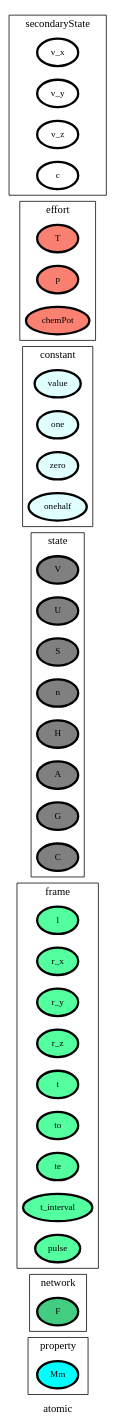
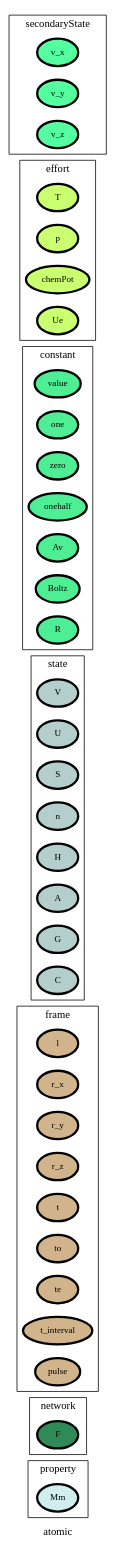
Before and after one commit to heinz-preisig/sandbox21: the diagram in ontology_graphs/graph__atomic.dot, drawn with Graphviz. The commit also changed 260 other files, not shown here.

```diff
--- a/ontology_graphs/graph__atomic.dot
+++ b/ontology_graphs/graph__atomic.dot
@@ -1,90 +1,93 @@
 digraph atomic {
 label=atomic;
 rankdir=LR;
 subgraph cluster_atomic___property {
 label=property;
 rankdir=LR;
-V_26 [fillcolor=cyan, fontsize=12, label=Mm, penwidth=3, style=filled];
+V_26 [fillcolor=lightcyan2, fontsize=12, label=Mm, penwidth=3, style=filled];
 }
 
 subgraph cluster_atomic___network {
 label=network;
 rankdir=LR;
-V_10 [fillcolor=seagreen3, fontsize=12, label=F, penwidth=3, style=filled];
+V_10 [fillcolor=seagreen4, fontsize=12, label=F, penwidth=3, style=filled];
 }
 
 subgraph cluster_atomic___projection {
 label=projection;
 rankdir=LR;
 }
 
 subgraph cluster_atomic___differenceOperator {
 label=differenceOperator;
 rankdir=LR;
 }
 
 subgraph cluster_atomic___frame {
 label=frame;
 rankdir=LR;
-V_11 [fillcolor=seagreen1, fontsize=12, label=l, penwidth=3, style=filled];
-V_12 [fillcolor=seagreen1, fontsize=12, label=r_x, penwidth=3, style=filled];
-V_13 [fillcolor=seagreen1, fontsize=12, label=r_y, penwidth=3, style=filled];
-V_14 [fillcolor=seagreen1, fontsize=12, label=r_z, penwidth=3, style=filled];
-V_4 [fillcolor=seagreen1, fontsize=12, label=t, penwidth=3, style=filled];
-V_5 [fillcolor=seagreen1, fontsize=12, label=to, penwidth=3, style=filled];
-V_6 [fillcolor=seagreen1, fontsize=12, label=te, penwidth=3, style=filled];
-V_7 [fillcolor=seagreen1, fontsize=12, label=t_interval, penwidth=3, style=filled];
-V_9 [fillcolor=seagreen1, fontsize=12, label=pulse, penwidth=3, style=filled];
+V_11 [fillcolor=tan, fontsize=12, label=l, penwidth=3, style=filled];
+V_12 [fillcolor=tan, fontsize=12, label=r_x, penwidth=3, style=filled];
+V_13 [fillcolor=tan, fontsize=12, label=r_y, penwidth=3, style=filled];
+V_14 [fillcolor=tan, fontsize=12, label=r_z, penwidth=3, style=filled];
+V_4 [fillcolor=tan, fontsize=12, label=t, penwidth=3, style=filled];
+V_5 [fillcolor=tan, fontsize=12, label=to, penwidth=3, style=filled];
+V_6 [fillcolor=tan, fontsize=12, label=te, penwidth=3, style=filled];
+V_7 [fillcolor=tan, fontsize=12, label=t_interval, penwidth=3, style=filled];
+V_9 [fillcolor=tan, fontsize=12, label=pulse, penwidth=3, style=filled];
 }
 
 subgraph cluster_atomic___state {
 label=state;
 rankdir=LR;
-V_15 [fillcolor=grey, fontsize=12, label=V, penwidth=3, style=filled];
-V_16 [fillcolor=grey, fontsize=12, label=U, penwidth=3, style=filled];
-V_17 [fillcolor=grey, fontsize=12, label=S, penwidth=3, style=filled];
-V_18 [fillcolor=grey, fontsize=12, label=n, penwidth=3, style=filled];
-V_22 [fillcolor=grey, fontsize=12, label=H, penwidth=3, style=filled];
-V_23 [fillcolor=grey, fontsize=12, label=A, penwidth=3, style=filled];
-V_24 [fillcolor=grey, fontsize=12, label=G, penwidth=3, style=filled];
-V_25 [fillcolor=grey, fontsize=12, label=C, penwidth=3, style=filled];
+V_15 [fillcolor=lightcyan3, fontsize=12, label=V, penwidth=3, style=filled];
+V_16 [fillcolor=lightcyan3, fontsize=12, label=U, penwidth=3, style=filled];
+V_17 [fillcolor=lightcyan3, fontsize=12, label=S, penwidth=3, style=filled];
+V_18 [fillcolor=lightcyan3, fontsize=12, label=n, penwidth=3, style=filled];
+V_22 [fillcolor=lightcyan3, fontsize=12, label=H, penwidth=3, style=filled];
+V_23 [fillcolor=lightcyan3, fontsize=12, label=A, penwidth=3, style=filled];
+V_24 [fillcolor=lightcyan3, fontsize=12, label=G, penwidth=3, style=filled];
+V_25 [fillcolor=lightcyan3, fontsize=12, label=C, penwidth=3, style=filled];
 }
 
 subgraph cluster_atomic___constant {
 label=constant;
 rankdir=LR;
-V_1 [fillcolor=lightcyan, fontsize=12, label=value, penwidth=3, style=filled];
-V_2 [fillcolor=lightcyan, fontsize=12, label=one, penwidth=3, style=filled];
-V_3 [fillcolor=lightcyan, fontsize=12, label=zero, penwidth=3, style=filled];
-V_8 [fillcolor=lightcyan, fontsize=12, label=onehalf, penwidth=3, style=filled];
+V_1 [fillcolor=seagreen2, fontsize=12, label=value, penwidth=3, style=filled];
+V_2 [fillcolor=seagreen2, fontsize=12, label=one, penwidth=3, style=filled];
+V_3 [fillcolor=seagreen2, fontsize=12, label=zero, penwidth=3, style=filled];
+V_8 [fillcolor=seagreen2, fontsize=12, label=onehalf, penwidth=3, style=filled];
+V_32 [fillcolor=seagreen2, fontsize=12, label=Av, penwidth=3, style=filled];
+V_33 [fillcolor=seagreen2, fontsize=12, label=Boltz, penwidth=3, style=filled];
+V_34 [fillcolor=seagreen2, fontsize=12, label=R, penwidth=3, style=filled];
 }
 
 subgraph cluster_atomic___effort {
 label=effort;
 rankdir=LR;
-V_19 [fillcolor=salmon, fontsize=12, label=T, penwidth=3, style=filled];
-V_20 [fillcolor=salmon, fontsize=12, label=p, penwidth=3, style=filled];
-V_21 [fillcolor=salmon, fontsize=12, label=chemPot, penwidth=3, style=filled];
+V_19 [fillcolor=darkolivegreen1, fontsize=12, label=T, penwidth=3, style=filled];
+V_20 [fillcolor=darkolivegreen1, fontsize=12, label=p, penwidth=3, style=filled];
+V_21 [fillcolor=darkolivegreen1, fontsize=12, label=chemPot, penwidth=3, style=filled];
+V_35 [fillcolor=darkolivegreen1, fontsize=12, label=Ue, penwidth=3, style=filled];
 }
 
 subgraph cluster_atomic___secondaryState {
 label=secondaryState;
 rankdir=LR;
-V_28 [fillcolor=white, fontsize=12, label=v_x, penwidth=3, style=filled];
-V_29 [fillcolor=white, fontsize=12, label=v_y, penwidth=3, style=filled];
-V_30 [fillcolor=white, fontsize=12, label=v_z, penwidth=3, style=filled];
-V_31 [fillcolor=white, fontsize=12, label=c, penwidth=3, style=filled];
+V_27 [fillcolor=seagreen1, fontsize=12, label=v_x, penwidth=3, style=filled];
+V_28 [fillcolor=seagreen1, fontsize=12, label=v_y, penwidth=3, style=filled];
+V_29 [fillcolor=seagreen1, fontsize=12, label=v_z, penwidth=3, style=filled];
 }
 
 subgraph cluster_atomic___diffState {
 label=diffState;
 rankdir=LR;
 }
 
 subgraph cluster_atomic___property {
 label=property;
 rankdir=LR;
-V_26 [fillcolor=cyan, fontsize=12, label=Mm, penwidth=3, style=filled];
+V_26 [fillcolor=lightcyan2, fontsize=12, label=Mm, penwidth=3, style=filled];
 }
 
 }
```
